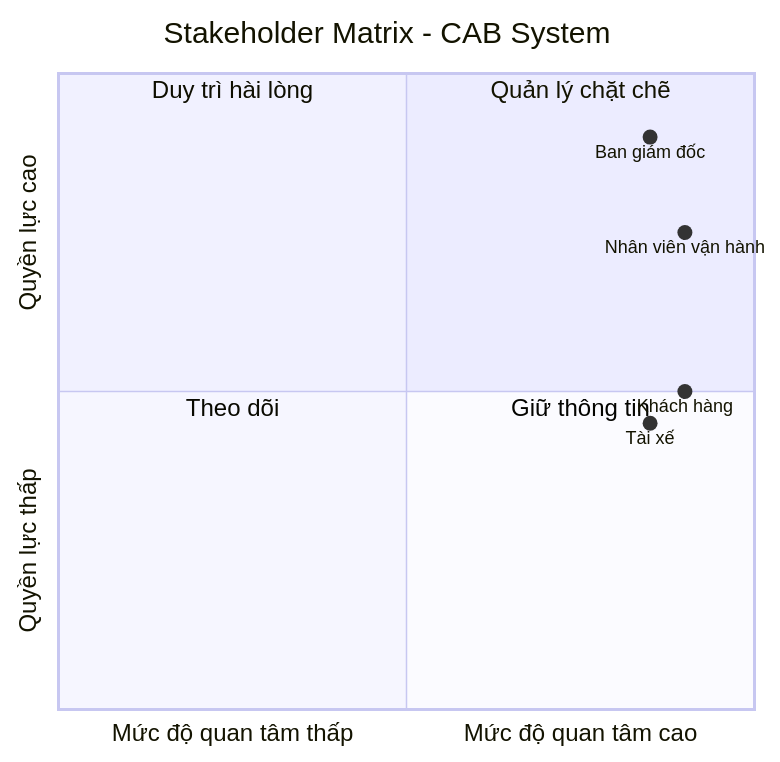
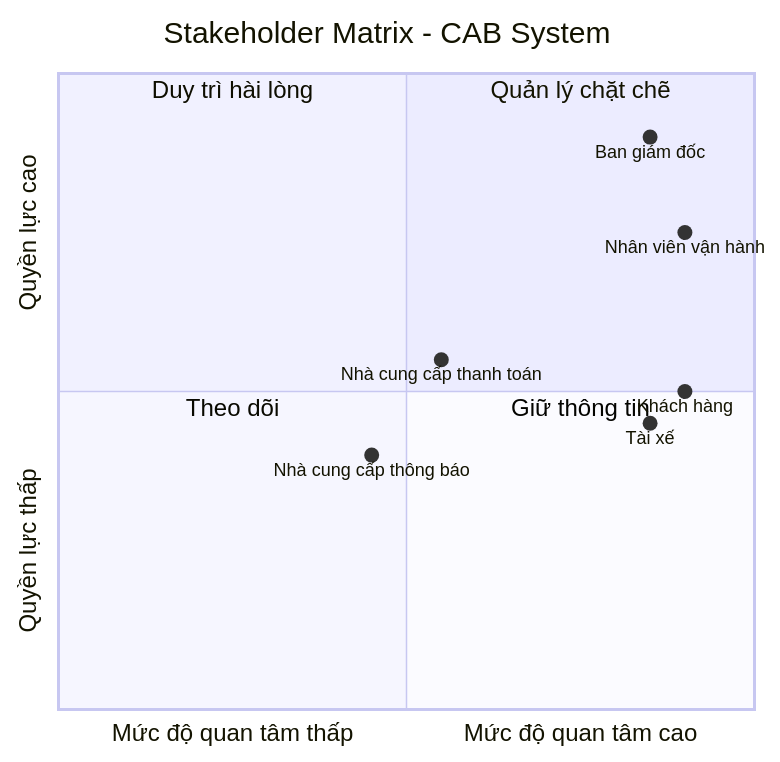
The second of 10 diagrams in srs.md (Vy161105/23682161_NguyenNgocYenVy_cabsystem), drawn with Mermaid before and after one commit. The commit also changed other lines of this file, not shown here.

````diff
--- a/srs.md
+++ b/srs.md
@@ -78,16 +113,18 @@
 ```mermaid
 quadrantChart
     title Stakeholder Matrix - CAB System
     x-axis "Mức độ quan tâm thấp" --> "Mức độ quan tâm cao"
     y-axis "Quyền lực thấp" --> "Quyền lực cao"
 
     quadrant-1 "Quản lý chặt chẽ"
     quadrant-2 "Duy trì hài lòng"
     quadrant-3 "Theo dõi"
     quadrant-4 "Giữ thông tin"
 
     "Ban giám đốc": [0.85, 0.90]
     "Nhân viên vận hành": [0.90, 0.75]
     "Khách hàng": [0.90, 0.50]
     "Tài xế": [0.85, 0.45]
+    "Nhà cung cấp thanh toán": [0.55, 0.55]
+    "Nhà cung cấp thông báo": [0.45, 0.40]
 ```
````
